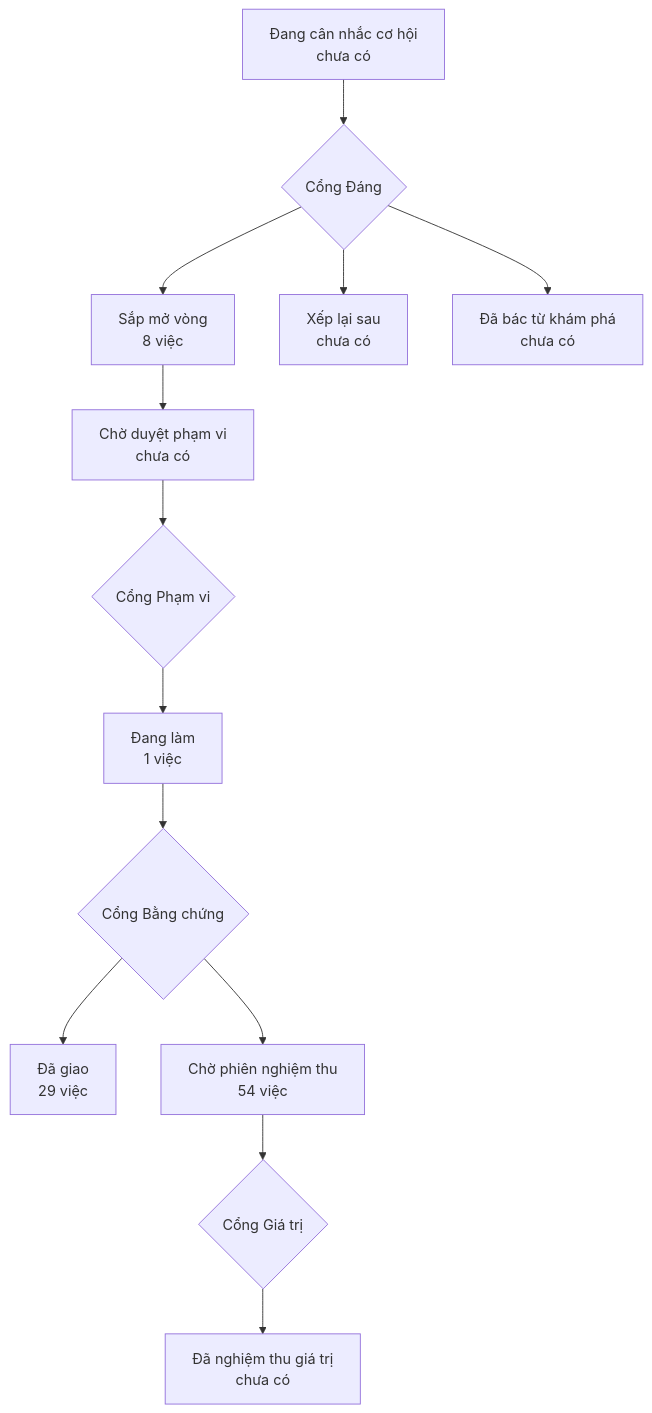
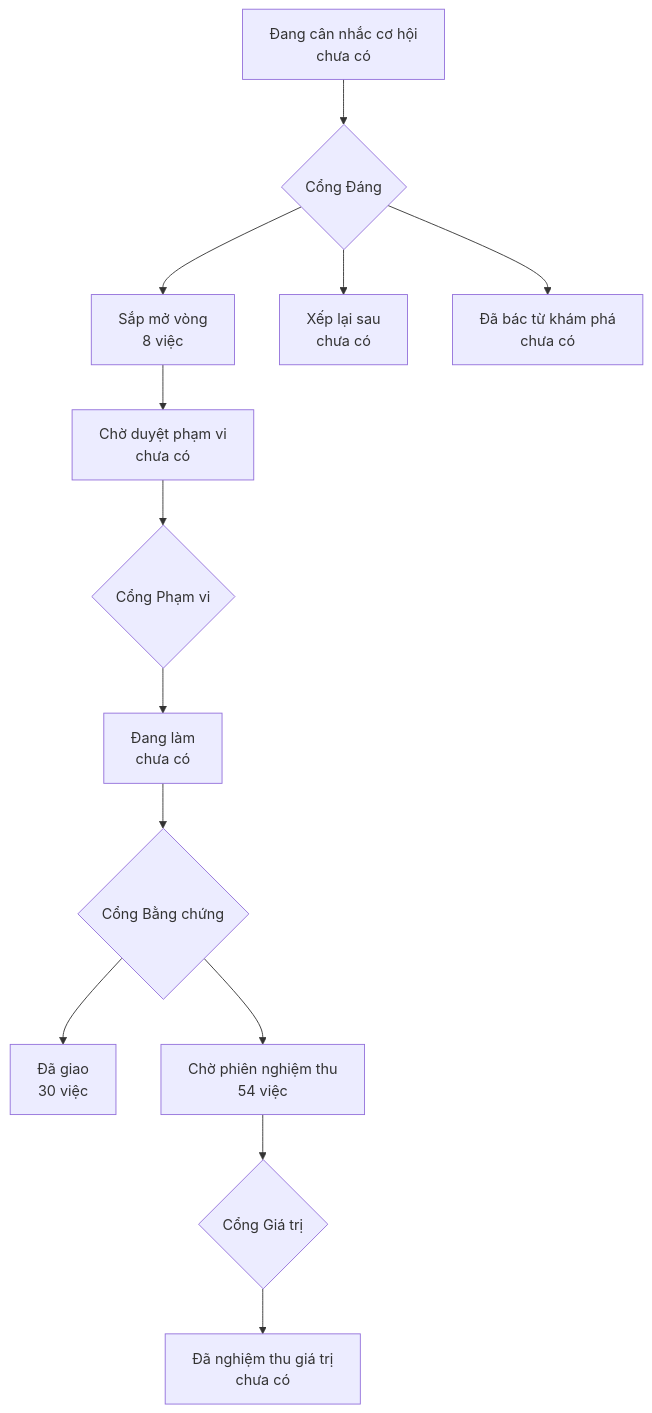
Before and after one commit to phanlemanh/onehub-inventory: the diagram in PRODUCT-MAP.md, drawn with Mermaid. The commit also changed other lines of this file and 4 other files, not shown here.

````diff
--- a/PRODUCT-MAP.md
+++ b/PRODUCT-MAP.md
@@ -7,12 +7,12 @@
 ```mermaid
 flowchart TD
   A["Đang cân nhắc cơ hội<br/>chưa có"] --> GD{"Cổng Đáng"}
   GD --> B["Sắp mở vòng<br/>8 việc"]
   GD --> XL["Xếp lại sau<br/>chưa có"]
   GD --> DB["Đã bác từ khám phá<br/>chưa có"]
   B --> CD["Chờ duyệt phạm vi<br/>chưa có"] --> GP{"Cổng Phạm vi"}
-  GP --> DL["Đang làm<br/>1 việc"] --> GB{"Cổng Bằng chứng"}
-  GB --> DG["Đã giao<br/>29 việc"]
+  GP --> DL["Đang làm<br/>chưa có"] --> GB{"Cổng Bằng chứng"}
+  GB --> DG["Đã giao<br/>30 việc"]
   GB --> CN["Chờ phiên nghiệm thu<br/>54 việc"] --> GG{"Cổng Giá trị"}
   GG --> NT["Đã nghiệm thu giá trị<br/>chưa có"]
 ```
````
